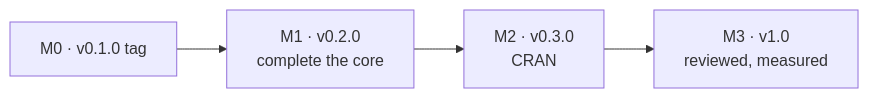
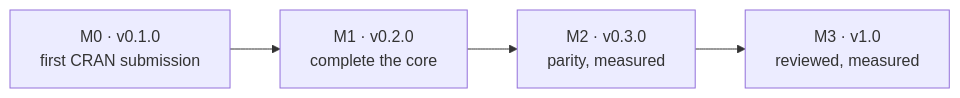
One commit to pedrobtz/zuhttp changed the diagram in .agents/roadmap.md. Above: the diagram before and after it, drawn with Mermaid. The commit also changed other lines of this file and 2 other files, not shown here.

First line of the commit message:
Roadmap: 0.1.0 is the first CRAN submission, tagged after acceptance

````diff
--- a/.agents/roadmap.md
+++ b/.agents/roadmap.md
@@ -70,6 +70,6 @@
 ```mermaid
 graph LR
-  M0["M0 · v0.1.0 tag"] --> M1["M1 · v0.2.0<br/>complete the core"]
-  M1 --> M2["M2 · v0.3.0<br/>CRAN"]
+  M0["M0 · v0.1.0<br/>first CRAN submission"] --> M1["M1 · v0.2.0<br/>complete the core"]
+  M1 --> M2["M2 · v0.3.0<br/>parity, measured"]
   M2 --> M3["M3 · v1.0<br/>reviewed, measured"]
 ```
````
